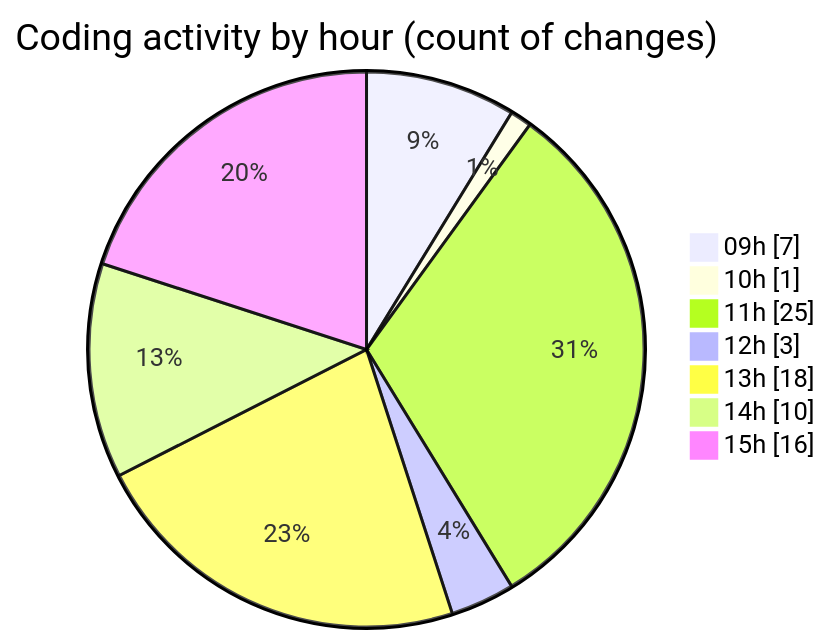
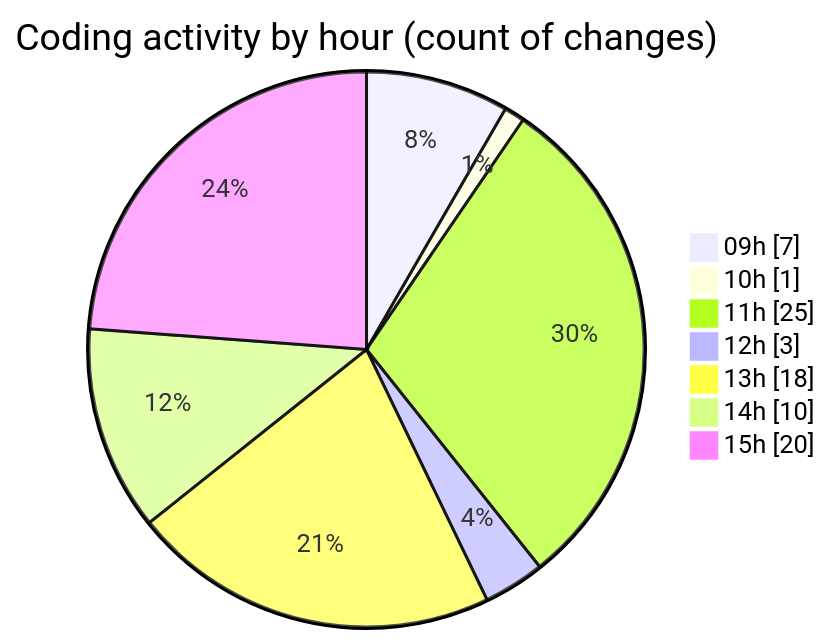
One commit to momahboobian/code-tracking changed the second of 2 diagrams in 2025-07-30/cda/README.md. Above: the diagram before and after it, drawn with Mermaid. The commit also changed other lines of this file and 1 other file, not shown here.

````diff
--- a/2025-07-30/cda/README.md
+++ b/2025-07-30/cda/README.md
@@ -40,11 +40,11 @@
 ```mermaid
 pie showData
 title Coding activity by hour (count of changes)
 "09h" : 7
 "10h" : 1
 "11h" : 25
 "12h" : 3
 "13h" : 18
 "14h" : 10
-"15h" : 16
+"15h" : 20
 ```
````
